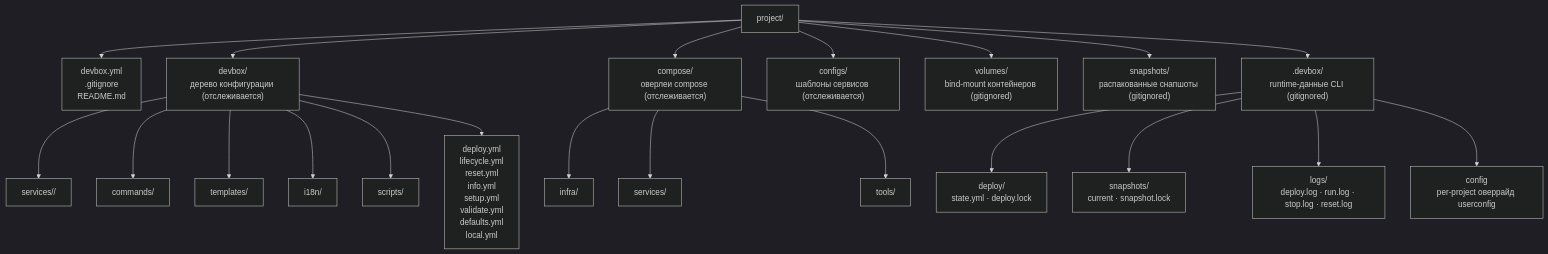
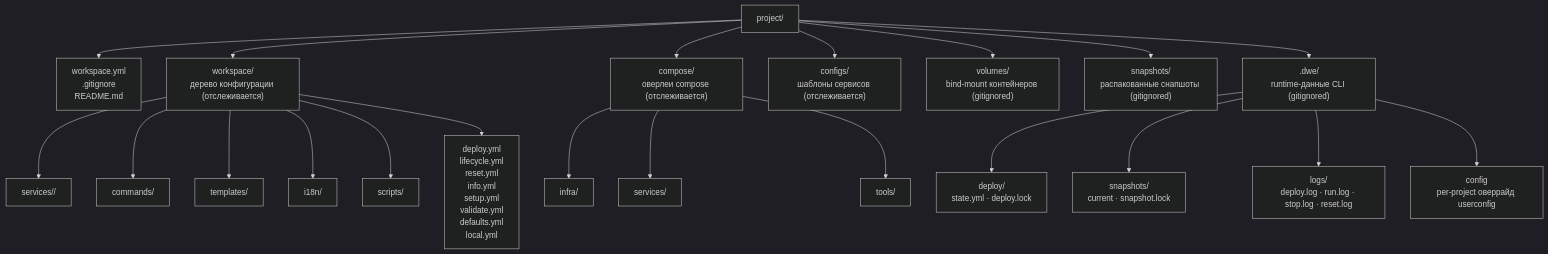
The diagram in docs/i18n/ru/reference/concepts/project-layout.md (semsemyonoff/dwe), drawn with Mermaid (dark theme) before and after one commit. The commit also changed other lines of this file and 113 other files, not shown here.

First line of the commit message:
feat: Phase 4a+4b — update EN and RU docs for devbox→dwe rebrand

````diff
--- a/docs/i18n/ru/reference/concepts/project-layout.md
+++ b/docs/i18n/ru/reference/concepts/project-layout.md
@@ -26,28 +26,28 @@
 ```mermaid
 flowchart TD
   Root["project/"]
 
-  Root --> RootFiles["devbox.yml<br/>.gitignore<br/>README.md"]
-  Root --> DevboxDir["devbox/<br/>дерево конфигурации (отслеживается)"]
+  Root --> RootFiles["workspace.yml<br/>.gitignore<br/>README.md"]
+  Root --> DWEDir["workspace/<br/>дерево конфигурации (отслеживается)"]
   Root --> ComposeDir["compose/<br/>оверлеи compose (отслеживается)"]
   Root --> ConfigsDir["configs/<br/>шаблоны сервисов (отслеживается)"]
   Root --> VolumesDir["volumes/<br/>bind-mount контейнеров (gitignored)"]
   Root --> SnapsDir["snapshots/<br/>распакованные снапшоты (gitignored)"]
-  Root --> DotDir[".devbox/<br/>runtime-данные CLI (gitignored)"]
+  Root --> DotDir[".dwe/<br/>runtime-данные CLI (gitignored)"]
 
-  DevboxDir --> DevboxServices["services/<name>/"]
-  DevboxDir --> DevboxCommands["commands/"]
-  DevboxDir --> DevboxTemplates["templates/"]
-  DevboxDir --> DevboxI18n["i18n/"]
-  DevboxDir --> DevboxScripts["scripts/"]
-  DevboxDir --> DevboxPipelines["deploy.yml<br/>lifecycle.yml<br/>reset.yml<br/>info.yml<br/>setup.yml<br/>validate.yml<br/>defaults.yml<br/>local.yml"]
+  DWEDir --> DWEServices["services/<name>/"]
+  DWEDir --> DWECommands["commands/"]
+  DWEDir --> DWETemplates["templates/"]
+  DWEDir --> DWEI18n["i18n/"]
+  DWEDir --> DWEScripts["scripts/"]
+  DWEDir --> DWEPipelines["deploy.yml<br/>lifecycle.yml<br/>reset.yml<br/>info.yml<br/>setup.yml<br/>validate.yml<br/>defaults.yml<br/>local.yml"]
 
   ComposeDir --> ComposeInfra["infra/"]
   ComposeDir --> ComposeServices["services/"]
   ComposeDir --> ComposeTools["tools/"]
 
   DotDir --> DotDeploy["deploy/<br/>state.yml · deploy.lock"]
   DotDir --> DotSnaps["snapshots/<br/>current · snapshot.lock"]
   DotDir --> DotLogs["logs/<br/>deploy.log · run.log · stop.log · reset.log"]
   DotDir --> DotConfig["config<br/>per-project оверрайд userconfig"]
 ```
````
